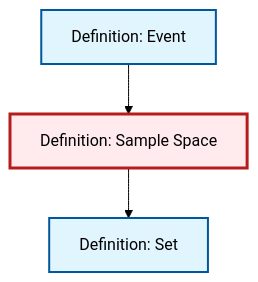
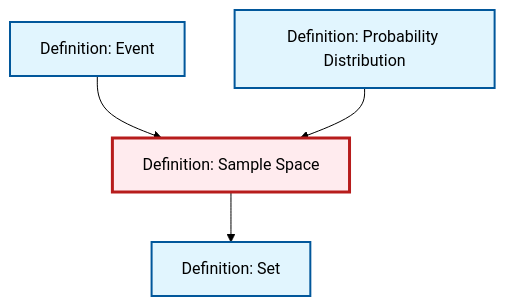
Before and after one commit to RK0429/ModernMath: the diagram in content/ja/probability-statistics/def-sample-space.qmd, drawn with Mermaid (forest theme). The commit also changed 634 other files, not shown here.

````diff
--- a/content/ja/probability-statistics/def-sample-space.qmd
+++ b/content/ja/probability-statistics/def-sample-space.qmd
@@ -58,17 +58,20 @@
 ```{mermaid}
 %%| fig-cap: "Local dependency graph"
 graph TD
     classDef definition fill:#e1f5fe,stroke:#01579b,stroke-width:2px
     classDef theorem fill:#f3e5f5,stroke:#4a148c,stroke-width:2px
     classDef axiom fill:#fff3e0,stroke:#e65100,stroke-width:2px
     classDef example fill:#e8f5e9,stroke:#1b5e20,stroke-width:2px
     classDef current fill:#ffebee,stroke:#b71c1c,stroke-width:3px
     def-event["Definition: Event"]:::definition
+    def-set["Definition: Set"]:::definition
+    def-probability-distribution["Definition: Probability Distribution"]:::definition
     def-sample-space["Definition: Sample Space"]:::definition
-    def-set["Definition: Set"]:::definition
     def-event --> def-sample-space
+    def-probability-distribution --> def-sample-space
     def-sample-space --> def-set
     class def-sample-space current
     click def-event "def-event.html" "Definition: Eventへ"
     click def-set "def-set.html" "Definition: Setへ"
+    click def-probability-distribution "def-probability-distribution.html" "Definition: Probability Distributionへ"
 ```
````
